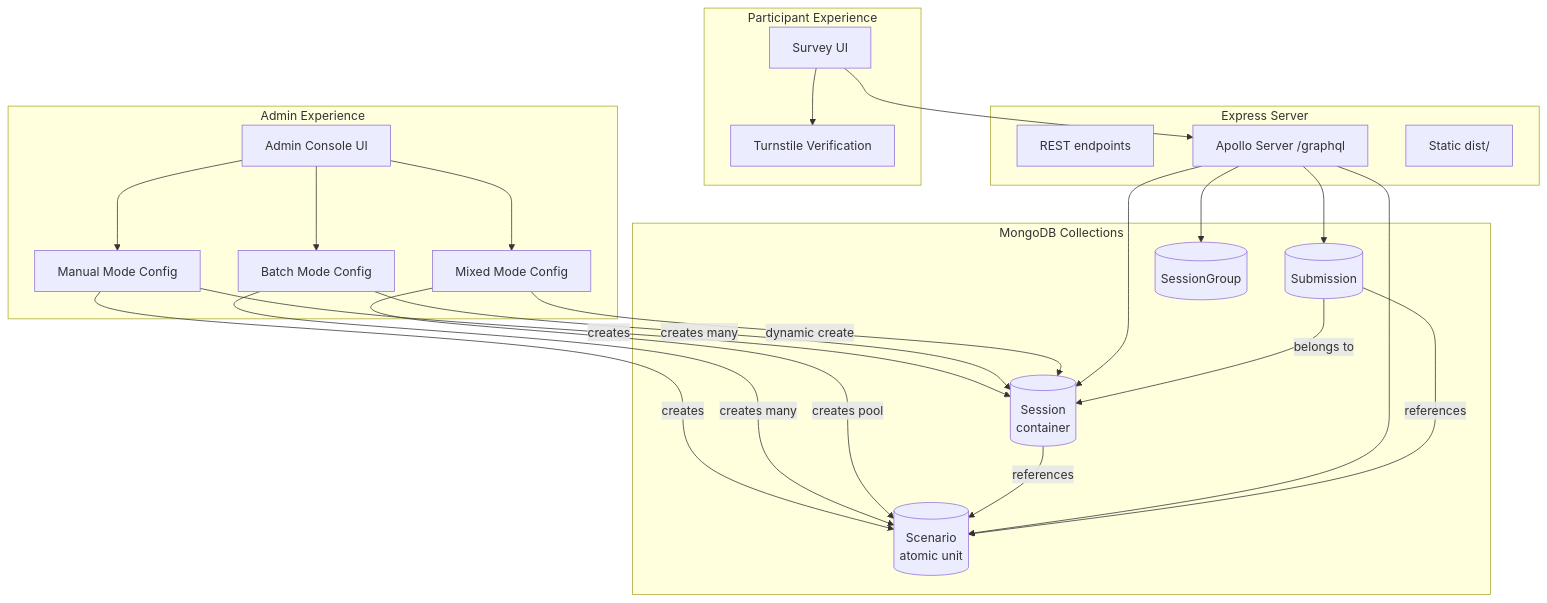
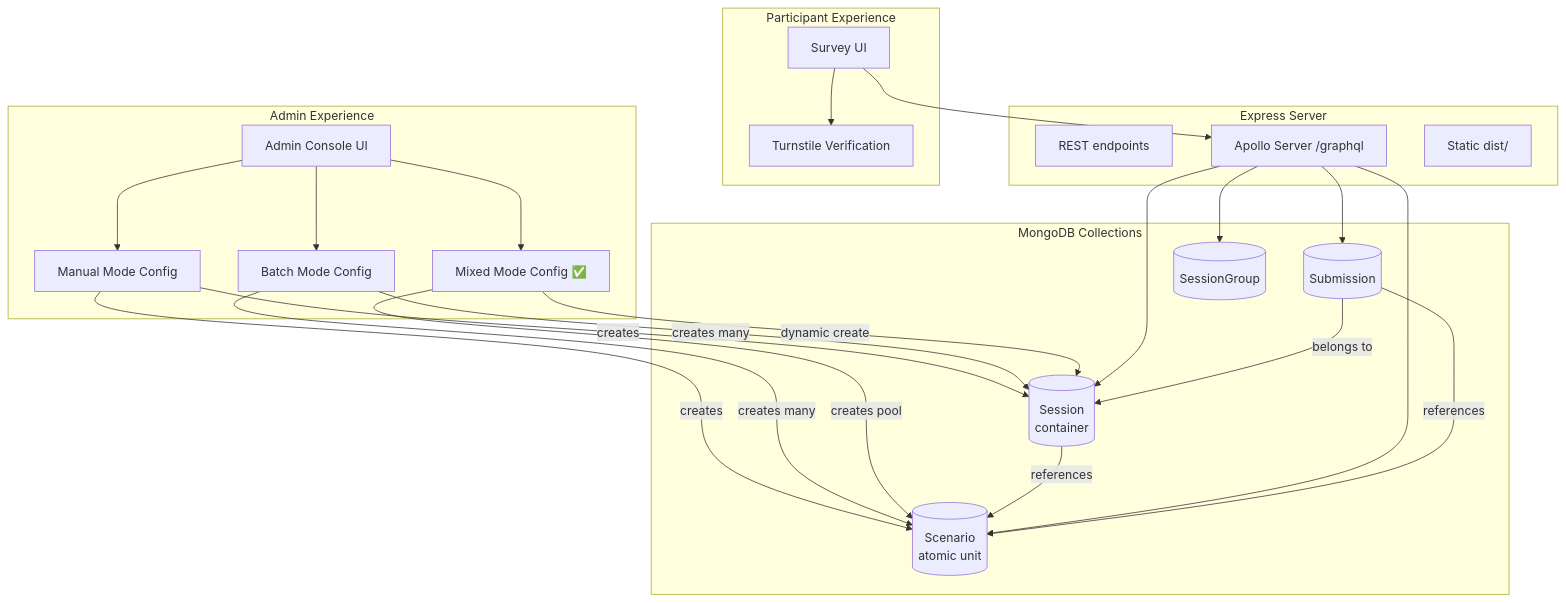
One commit to johnny890122/pd-human-agent-data-collect-demo changed the diagram in docs/design.md. Above: the diagram before and after it, drawn with Mermaid. The commit also changed other lines of this file and 15 other files, not shown here.

````diff
--- a/docs/design.md
+++ b/docs/design.md
@@ -25,51 +44,51 @@
 ```mermaid
 flowchart TB
     subgraph "Admin Experience"
         AdminUI[Admin Console UI]
         ManualConfig[Manual Mode Config]
         BatchConfig[Batch Mode Config]
-        MixedConfig[Mixed Mode Config]
+        MixedConfig[Mixed Mode Config ✅]
     end
     
     subgraph "Participant Experience"
         SurveyUI[Survey UI]
         Turnstile[Turnstile Verification]
     end
     
     subgraph "Express Server"
         REST[REST endpoints]
         Apollo[Apollo Server /graphql]
         Static[Static dist/]
     end
     
     subgraph "MongoDB Collections"
         Scenario[(Scenario<br/>atomic unit)]
         Session[(Session<br/>container)]
         Submission[(Submission)]
         SessionGroup[(SessionGroup)]
     end
     
     AdminUI --> ManualConfig
     AdminUI --> BatchConfig
     AdminUI --> MixedConfig
     
     ManualConfig -->|creates| Scenario
     BatchConfig -->|creates many| Scenario
     MixedConfig -->|creates pool| Scenario
     
     ManualConfig -->|creates| Session
     BatchConfig -->|creates many| Session
     MixedConfig -->|dynamic create| Session
     
     Session -->|references| Scenario
     
     SurveyUI --> Turnstile
     SurveyUI --> Apollo
     Apollo --> Scenario
     Apollo --> Session
     Apollo --> Submission
     Apollo --> SessionGroup
     
     Submission -->|belongs to| Session
     Submission -->|references| Scenario
 ```
````
